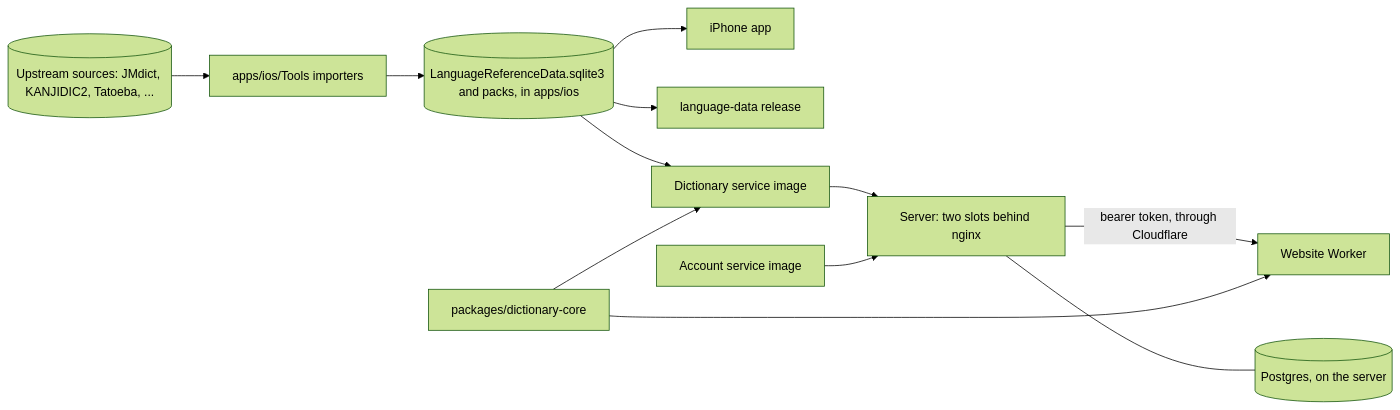
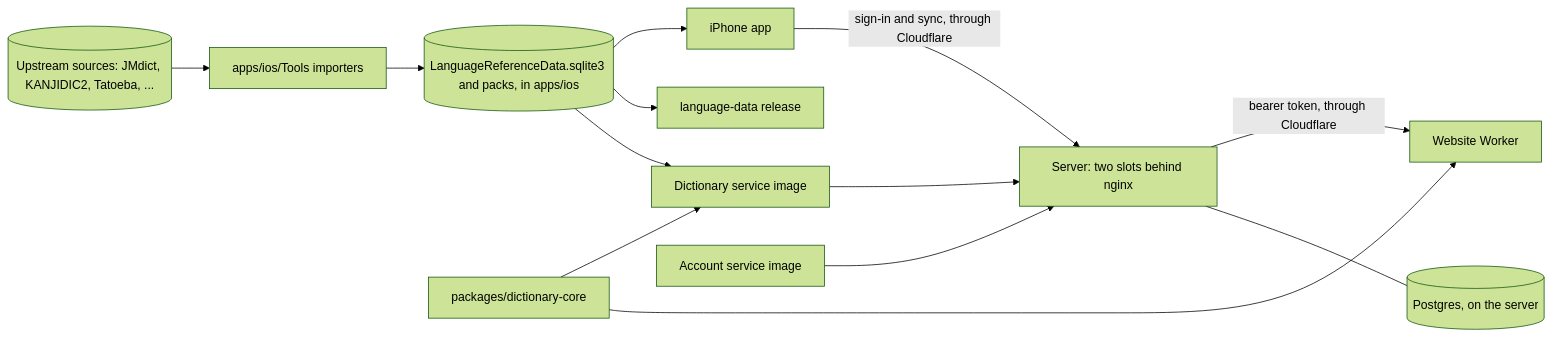
Before and after one commit to serpcompany/zenbujapanese-monorepo: the diagram in ARCHITECTURE.md, drawn with Mermaid (forest theme). The commit also changed other lines of this file and 19 other files, not shown here.

First line of the commit message:
Answer the review of iOS sign-in and sync

````diff
--- a/ARCHITECTURE.md
+++ b/ARCHITECTURE.md
@@ -22,14 +22,15 @@
 ```mermaid
 flowchart LR
     Sources[("Upstream sources: JMdict, KANJIDIC2, Tatoeba, ...")] --> Tools["apps/ios/Tools importers"]
     Tools --> Data[("LanguageReferenceData.sqlite3 and packs, in apps/ios")]
     Data --> App["iPhone app"]
     Data --> Release["language-data release"]
     Data --> Image["Dictionary service image"]
     Core["packages/dictionary-core"] --> Image
     Image --> Server["Server: two slots behind nginx"]
     Server -->|"bearer token, through Cloudflare"| Site["Website Worker"]
     Core --> Site
     Accounts["Account service image"] --> Server
+    App -->|"sign-in and sync, through Cloudflare"| Server
     Server --- Postgres[("Postgres, on the server")]
 ```
````
